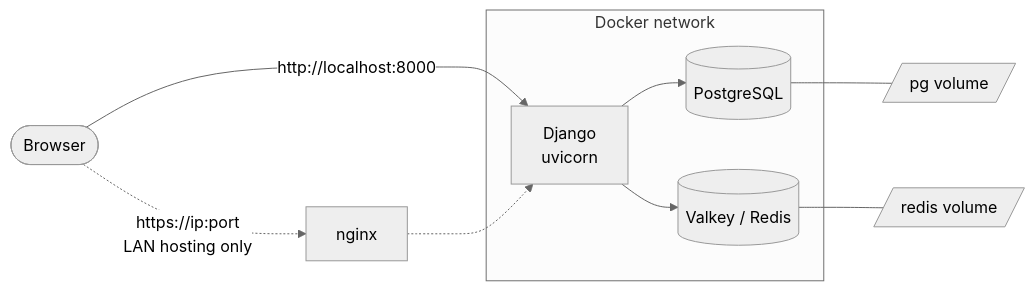
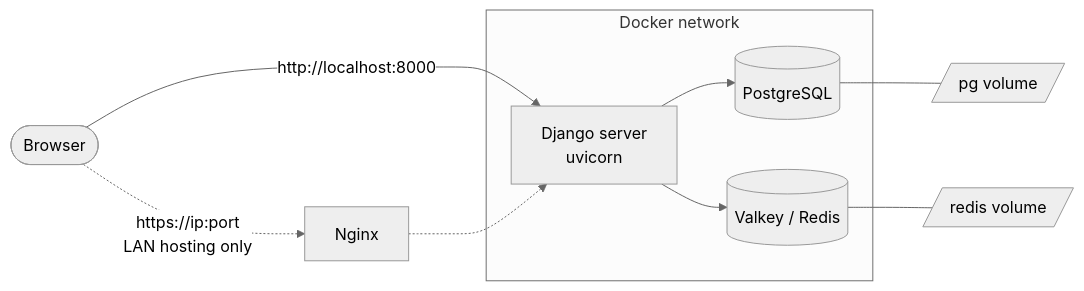
Before and after one commit to MIT-CAVE/cave_app: the second of 3 diagrams in docs/ARCHITECTURE.md, drawn with Mermaid (neutral theme). The commit also changed other lines of this file, not shown here.

First line of the commit message:
Normalize architecture terminology: repository, service, component

````diff
--- a/docs/ARCHITECTURE.md
+++ b/docs/ARCHITECTURE.md
@@ -55,12 +61,12 @@
 ```mermaid
 flowchart LR
     browser([Browser]) -->|http://localhost:8000| django
-    browser -.->|https://ip:port<br/>LAN hosting only| nginx[nginx]
+    browser -.->|https://ip:port<br/>LAN hosting only| nginx[Nginx]
     nginx -.-> django
     subgraph net [Docker network]
-        django[Django<br/>uvicorn] --> db[(PostgreSQL)]
+        django[Django server<br/>uvicorn] --> db[(PostgreSQL)]
         django --> cache[(Valkey / Redis)]
     end
     db --- pgvol[/pg volume/]
     cache --- redisvol[/redis volume/]
 ```
````
